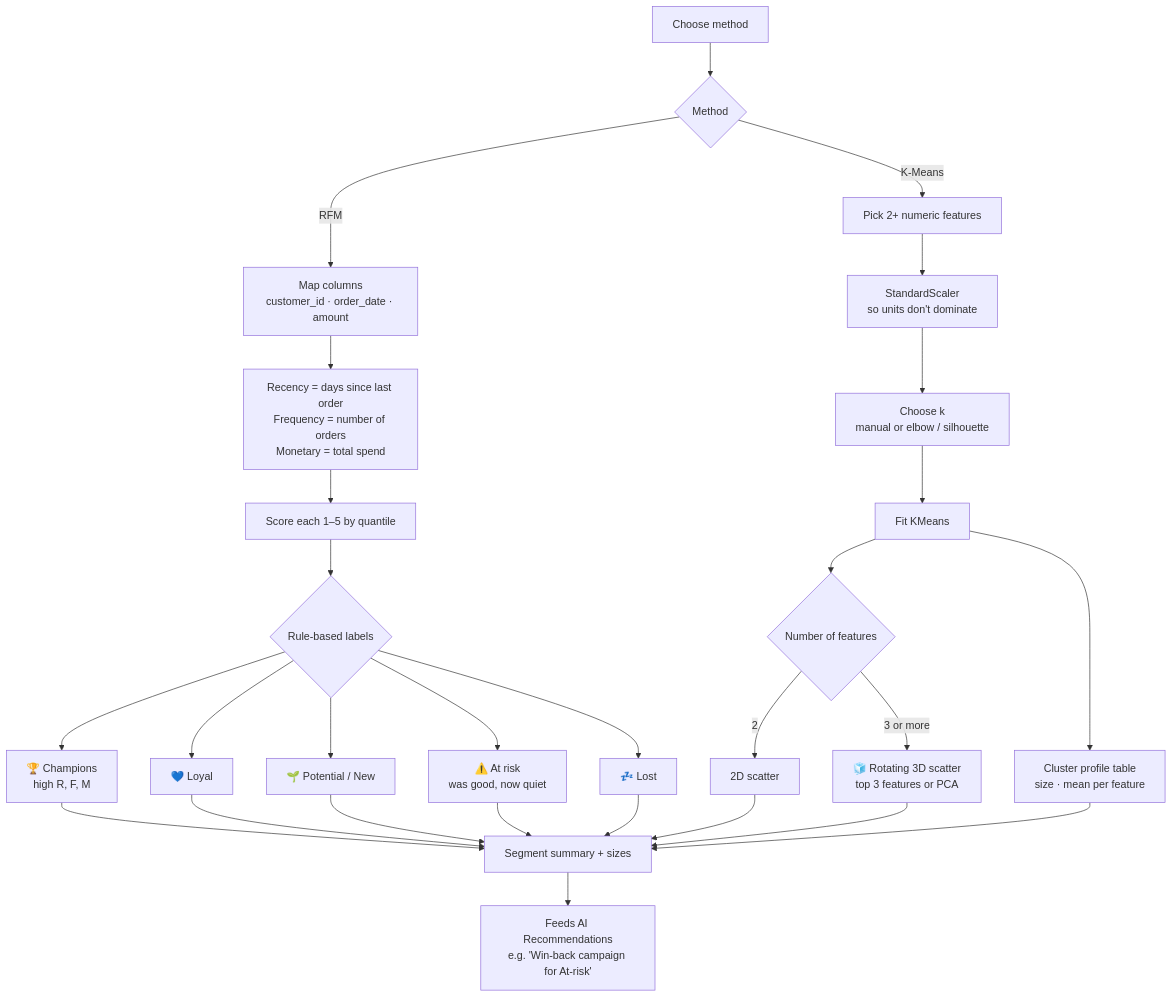
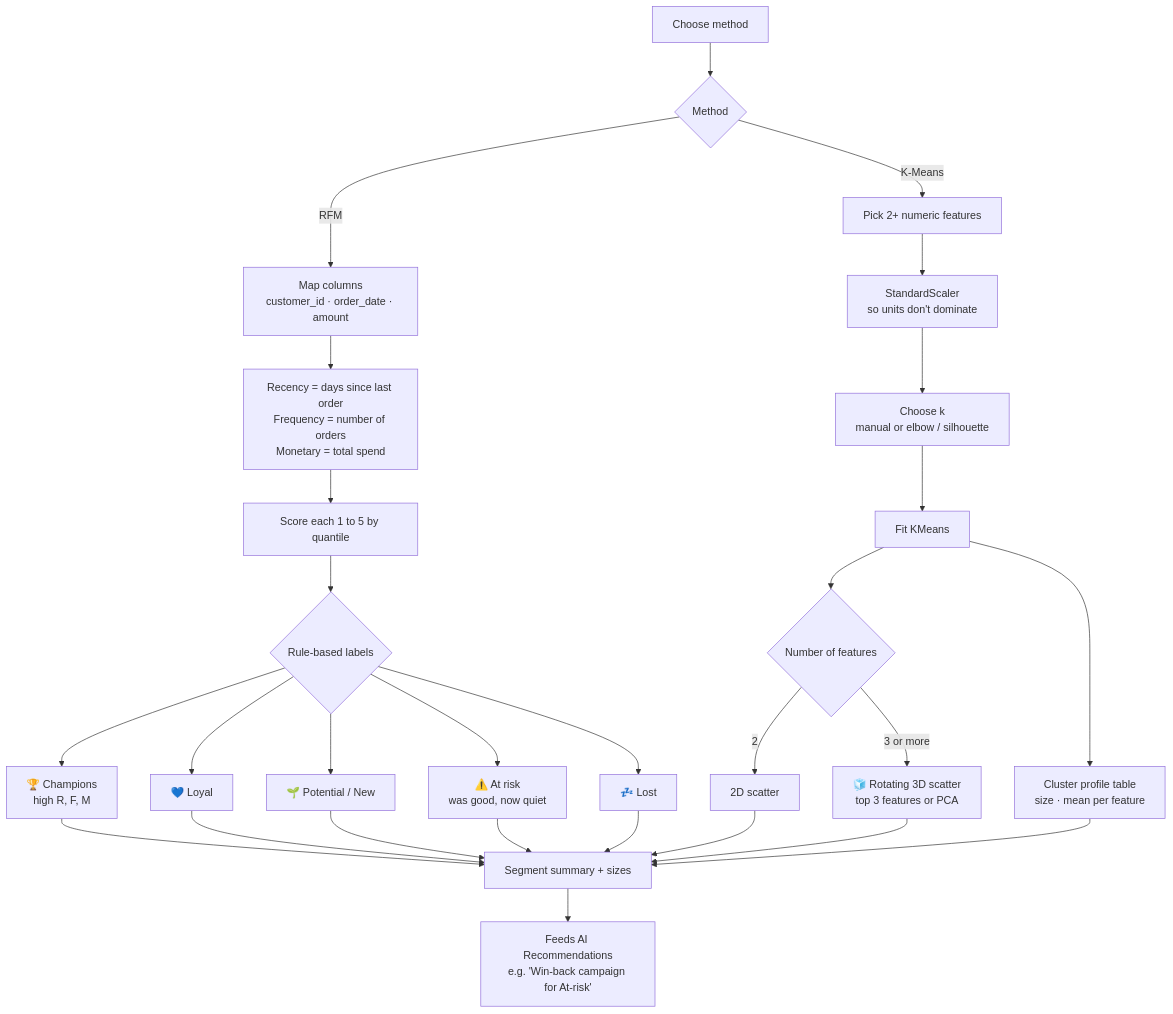
Before and after one commit to Mansi232323/VERIDEXA: diagram 28 of 49 in README.md, drawn with Mermaid. The commit also changed other lines of this file, not shown here.

````diff
--- a/README.md
+++ b/README.md
@@ -907,33 +907,33 @@
 ```mermaid
 flowchart TD
     START["Choose method"] --> M{"Method"}
 
     M -- "RFM" --> RF1["Map columns<br/>customer_id · order_date · amount"]
     RF1 --> RF2["Recency = days since last order<br/>Frequency = number of orders<br/>Monetary = total spend"]
-    RF2 --> RF3["Score each 1–5 by quantile"]
+    RF2 --> RF3["Score each 1 to 5 by quantile"]
     RF3 --> RF4{"Rule-based labels"}
     RF4 --> L1["🏆 Champions<br/>high R, F, M"]
     RF4 --> L2["💙 Loyal"]
     RF4 --> L3["🌱 Potential / New"]
     RF4 --> L4["⚠️ At risk<br/>was good, now quiet"]
     RF4 --> L5["💤 Lost"]
 
     M -- "K-Means" --> K1["Pick 2+ numeric features"]
     K1 --> K2["StandardScaler<br/>so units don't dominate"]
     K2 --> K3["Choose k<br/>manual or elbow / silhouette"]
     K3 --> K4["Fit KMeans"]
     K4 --> K5{"Number of features"}
     K5 -- "2" --> K6["2D scatter"]
     K5 -- "3 or more" --> K7["🧊 Rotating 3D scatter<br/>top 3 features or PCA"]
     K4 --> K8["Cluster profile table<br/>size · mean per feature"]
 
     L1 --> OUT["Segment summary + sizes"]
     L2 --> OUT
     L3 --> OUT
     L4 --> OUT
     L5 --> OUT
     K6 --> OUT
     K7 --> OUT
     K8 --> OUT
     OUT --> REC["Feeds AI Recommendations<br/>e.g. 'Win-back campaign for At-risk'"]
 ```
````
